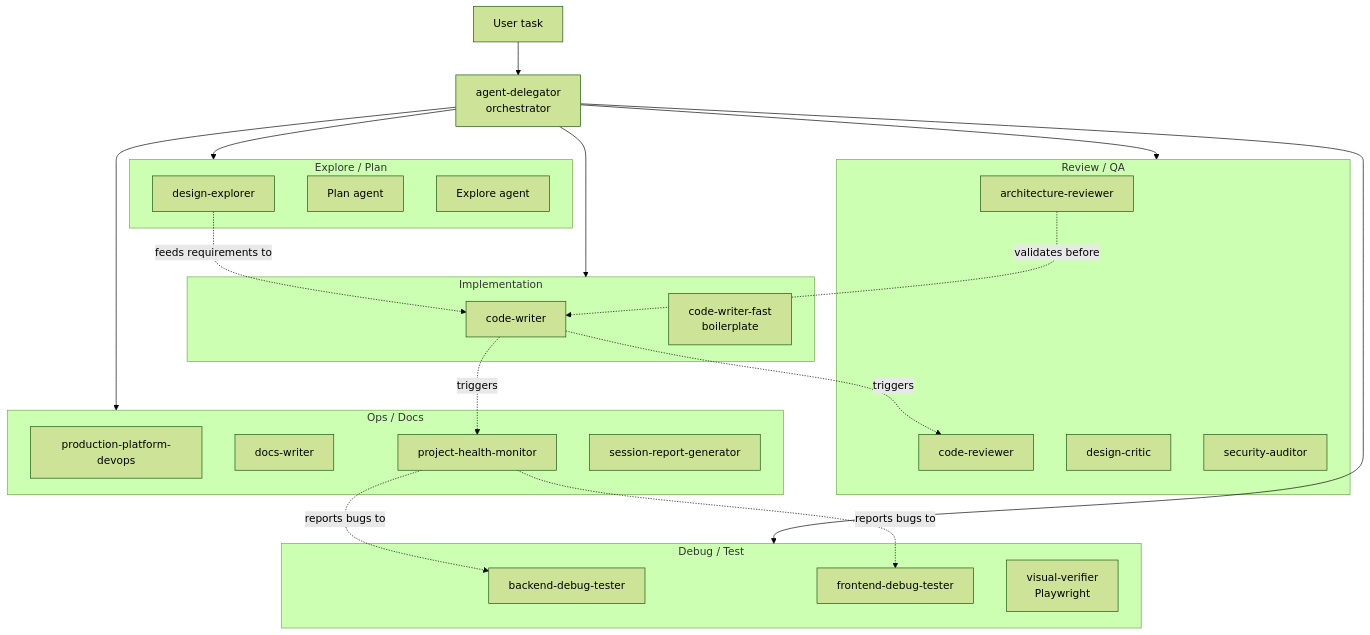
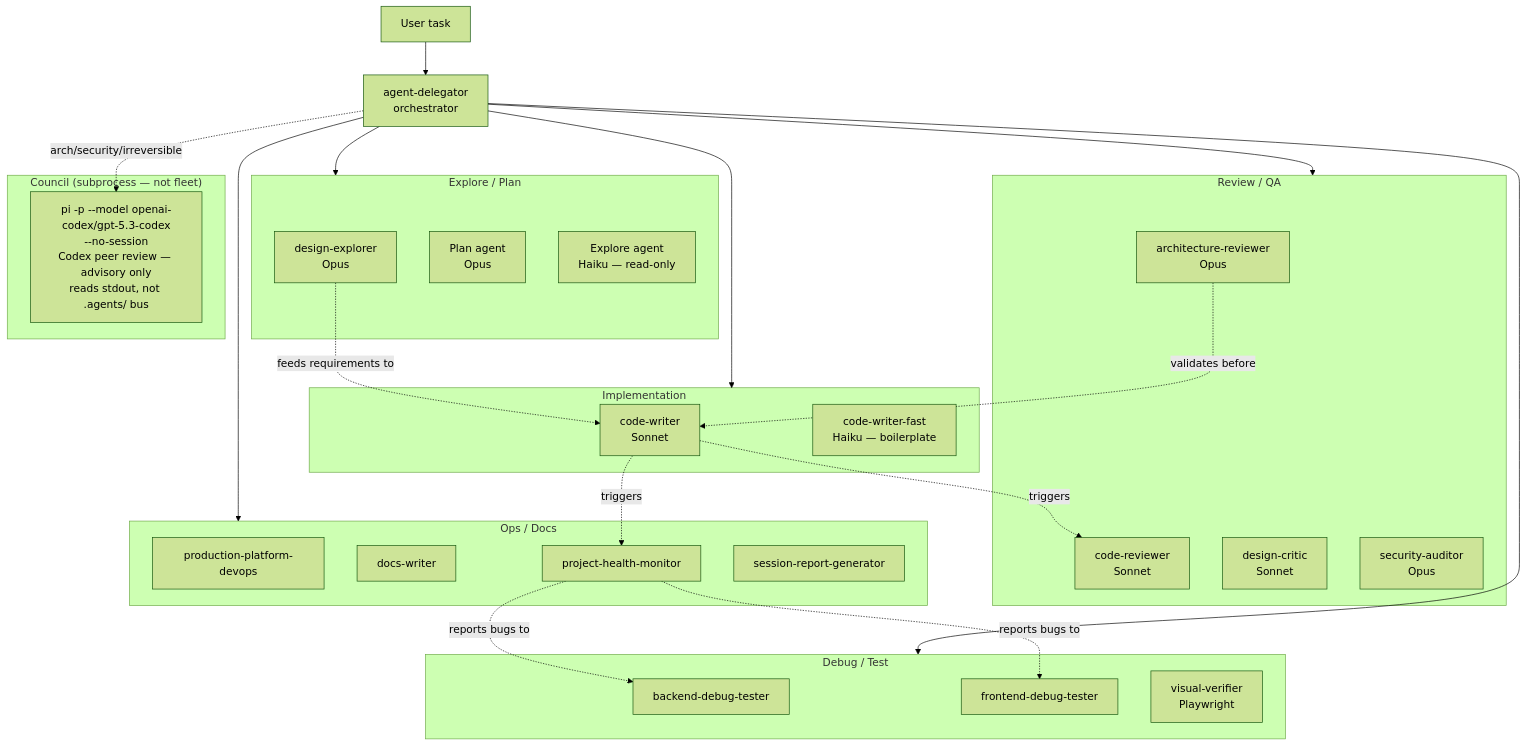
Before and after one commit to vietbui1999ru/llm-wiki: the seventh of 7 diagrams in docs/architecture.md, drawn with Mermaid (forest theme). The commit also changed other lines of this file and 3 other files, not shown here.

First line of the commit message:
feat(docs): OpenCode integration — rule stack fix, council expansion, validated opencode run

````diff
--- a/docs/architecture.md
+++ b/docs/architecture.md
@@ -267,46 +319,52 @@
 ```mermaid
 graph TD
     USER[User task]
 
     DELEGATOR[agent-delegator\norchestrator]
 
     subgraph IMPL["Implementation"]
-        CW[code-writer]
-        CWF[code-writer-fast\nboilerplate]
+        CW[code-writer\nSonnet]
+        CWF[code-writer-fast\nHaiku — boilerplate]
     end
 
     subgraph REVIEW["Review / QA"]
-        CR[code-reviewer]
-        AR[architecture-reviewer]
-        DC[design-critic]
-        SA[security-auditor]
+        CR[code-reviewer\nSonnet]
+        AR[architecture-reviewer\nOpus]
+        DC[design-critic\nSonnet]
+        SA[security-auditor\nOpus]
     end
 
     subgraph DEBUG["Debug / Test"]
         BDT[backend-debug-tester]
         FDT[frontend-debug-tester]
         VV[visual-verifier\nPlaywright]
     end
 
     subgraph EXPLORE["Explore / Plan"]
-        DE[design-explorer]
-        PLAN[Plan agent]
-        EX[Explore agent]
+        DE[design-explorer\nOpus]
+        PLAN[Plan agent\nOpus]
+        EX[Explore agent\nHaiku — read-only]
     end
 
     subgraph OPS["Ops / Docs"]
         PPD[production-platform-devops]
         DW[docs-writer]
         PHM[project-health-monitor]
         SSR[session-report-generator]
+    end
+
+    subgraph COUNCIL["Council (subprocess — not fleet)"]
+        PI_SUB["pi -p --model openai-codex/gpt-5.3-codex<br>--no-session<br>Codex peer review — advisory only<br>reads stdout, not .agents/ bus"]
     end
 
     USER --> DELEGATOR
     DELEGATOR --> IMPL & REVIEW & DEBUG & EXPLORE & OPS
 
     CW -.->|triggers| CR
     CW -.->|triggers| PHM
     PHM -.->|reports bugs to| BDT & FDT
     DE -.->|feeds requirements to| CW
     AR -.->|validates before| CW
+
+    DELEGATOR -.->|arch/security/irreversible| PI_SUB
 ```
````
